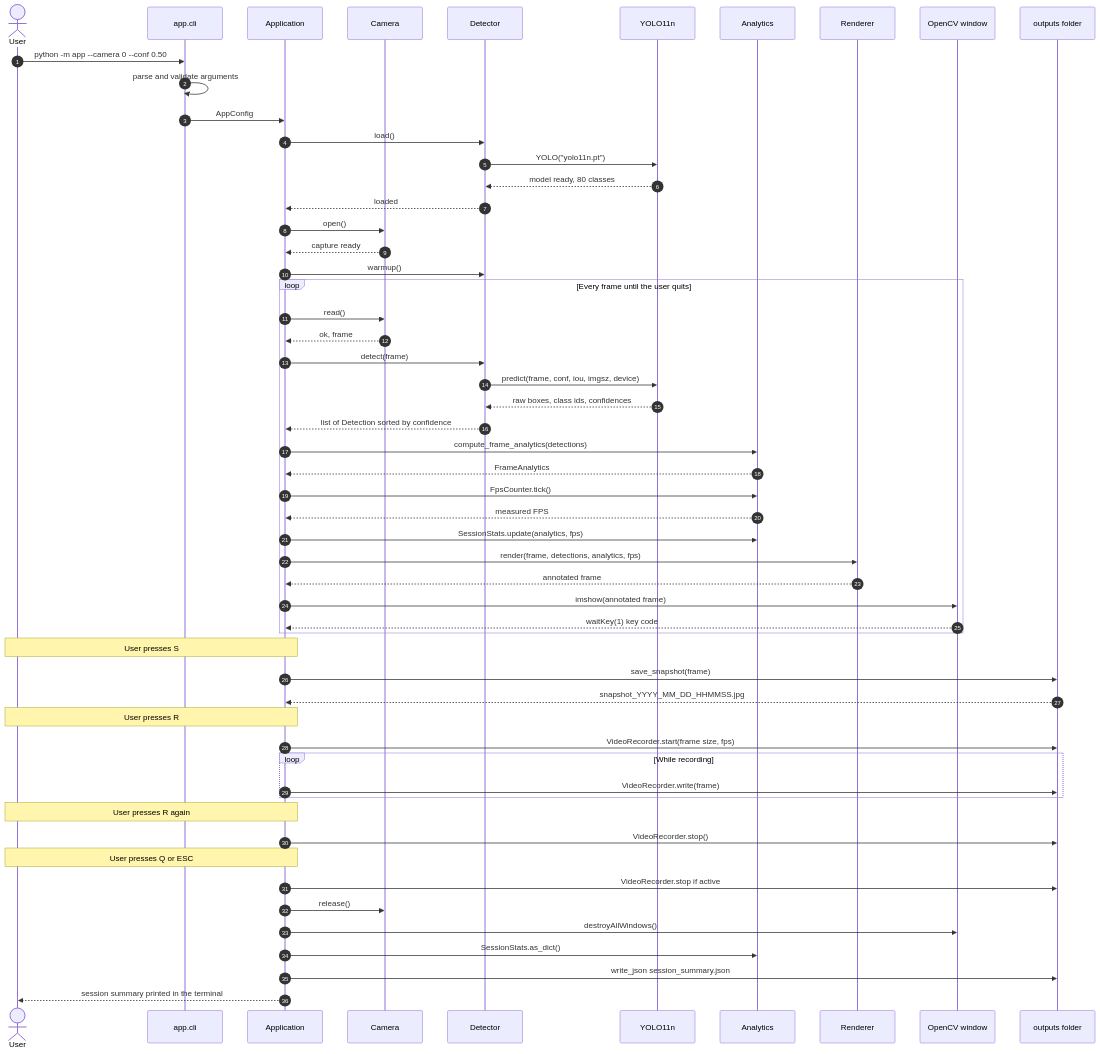
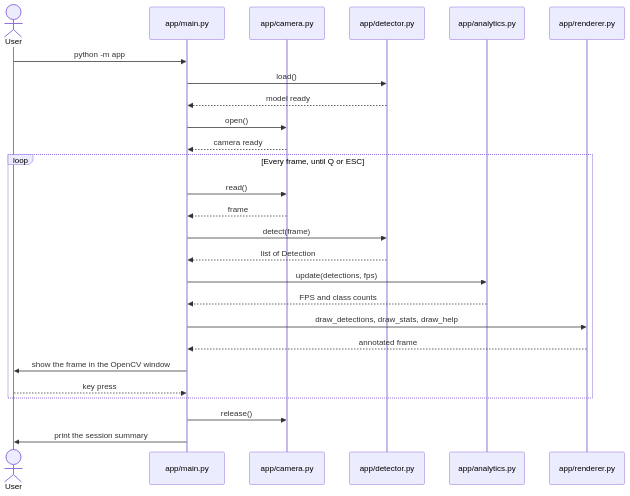
One commit to Abhijai10/real-time-object-detection-yolo11 changed the diagram in docs/diagrams/sequence.mmd. Above: the diagram before and after it, drawn with Mermaid. The commit also changed 10 other files, not shown here.

```diff
--- a/docs/diagrams/sequence.mmd
+++ b/docs/diagrams/sequence.mmd
@@ -1,61 +1,29 @@
 sequenceDiagram
-    autonumber
     actor User
-    participant CLI as app.cli
-    participant App as Application
-    participant Cam as Camera
-    participant Det as Detector
-    participant YOLO as YOLO11n
-    participant Ana as Analytics
-    participant Ren as Renderer
-    participant Win as OpenCV window
-    participant FS as outputs folder
+    participant Main as app/main.py
+    participant Camera as app/camera.py
+    participant Detector as app/detector.py
+    participant Analytics as app/analytics.py
+    participant Renderer as app/renderer.py
 
-    User->>CLI: python -m app --camera 0 --conf 0.50
-    CLI->>CLI: parse and validate arguments
-    CLI->>App: AppConfig
-    App->>Det: load()
-    Det->>YOLO: YOLO("yolo11n.pt")
-    YOLO-->>Det: model ready, 80 classes
-    Det-->>App: loaded
-    App->>Cam: open()
-    Cam-->>App: capture ready
-    App->>Det: warmup()
+    User->>Main: python -m app
+    Main->>Detector: load()
+    Detector-->>Main: model ready
+    Main->>Camera: open()
+    Camera-->>Main: camera ready
 
-    loop Every frame until the user quits
-        App->>Cam: read()
-        Cam-->>App: ok, frame
-        App->>Det: detect(frame)
-        Det->>YOLO: predict(frame, conf, iou, imgsz, device)
-        YOLO-->>Det: raw boxes, class ids, confidences
-        Det-->>App: list of Detection sorted by confidence
-        App->>Ana: compute_frame_analytics(detections)
-        Ana-->>App: FrameAnalytics
-        App->>Ana: FpsCounter.tick()
-        Ana-->>App: measured FPS
-        App->>Ana: SessionStats.update(analytics, fps)
-        App->>Ren: render(frame, detections, analytics, fps)
-        Ren-->>App: annotated frame
-        App->>Win: imshow(annotated frame)
-        Win-->>App: waitKey(1) key code
+    loop Every frame, until Q or ESC
+        Main->>Camera: read()
+        Camera-->>Main: frame
+        Main->>Detector: detect(frame)
+        Detector-->>Main: list of Detection
+        Main->>Analytics: update(detections, fps)
+        Analytics-->>Main: FPS and class counts
+        Main->>Renderer: draw_detections, draw_stats, draw_help
+        Renderer-->>Main: annotated frame
+        Main->>User: show the frame in the OpenCV window
+        User-->>Main: key press
     end
 
-    Note over App,User: User presses S
-    App->>FS: save_snapshot(frame)
-    FS-->>App: snapshot_YYYY_MM_DD_HHMMSS.jpg
-
-    Note over App,User: User presses R
-    App->>FS: VideoRecorder.start(frame size, fps)
-    loop While recording
-        App->>FS: VideoRecorder.write(frame)
-    end
-    Note over App,User: User presses R again
-    App->>FS: VideoRecorder.stop()
-
-    Note over App,User: User presses Q or ESC
-    App->>FS: VideoRecorder.stop if active
-    App->>Cam: release()
-    App->>Win: destroyAllWindows()
-    App->>Ana: SessionStats.as_dict()
-    App->>FS: write_json session_summary.json
-    App-->>User: session summary printed in the terminal
+    Main->>Camera: release()
+    Main->>User: print the session summary
```
